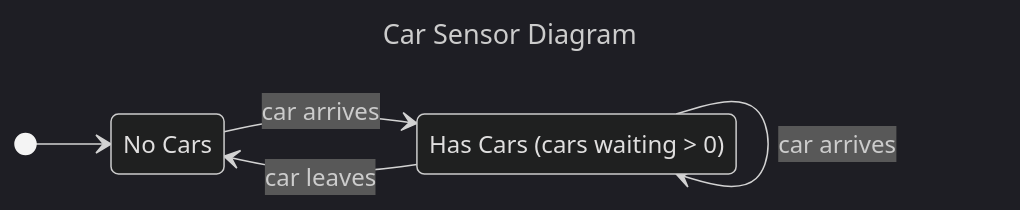
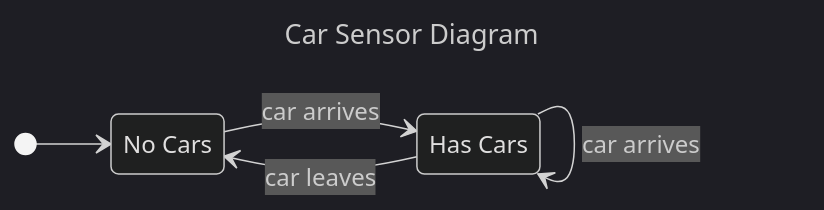
One commit to VinayakFia/Obsidian changed the first of 4 diagrams in COMP3153/System Model - Vinayak Fialok.md. Above: the diagram before and after it, drawn with Mermaid (dark theme). The commit also changed other lines of this file, not shown here.

````diff
--- a/COMP3153/System Model - Vinayak Fialok.md
+++ b/COMP3153/System Model - Vinayak Fialok.md
@@ -17,14 +17,14 @@
 ```mermaid
 ---
 title: Car Sensor Diagram
 ---
 stateDiagram-v2
 	direction LR
 	n: No Cars
-	c: Has Cars (cars waiting > 0)
+	c: Has Cars
 	[*] --> n
 	n --> c : car arrives
 	c --> n : car leaves
 	c --> c : car leaves
 	c --> c : car arrives
 ```
````
